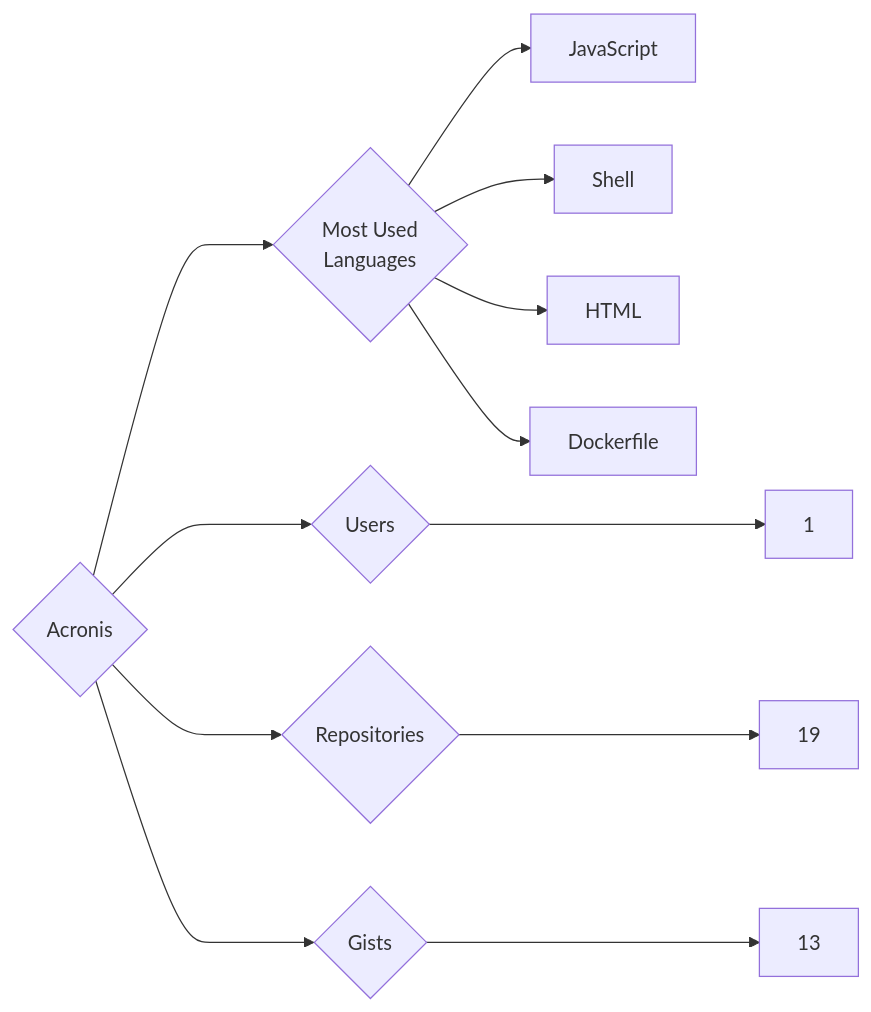
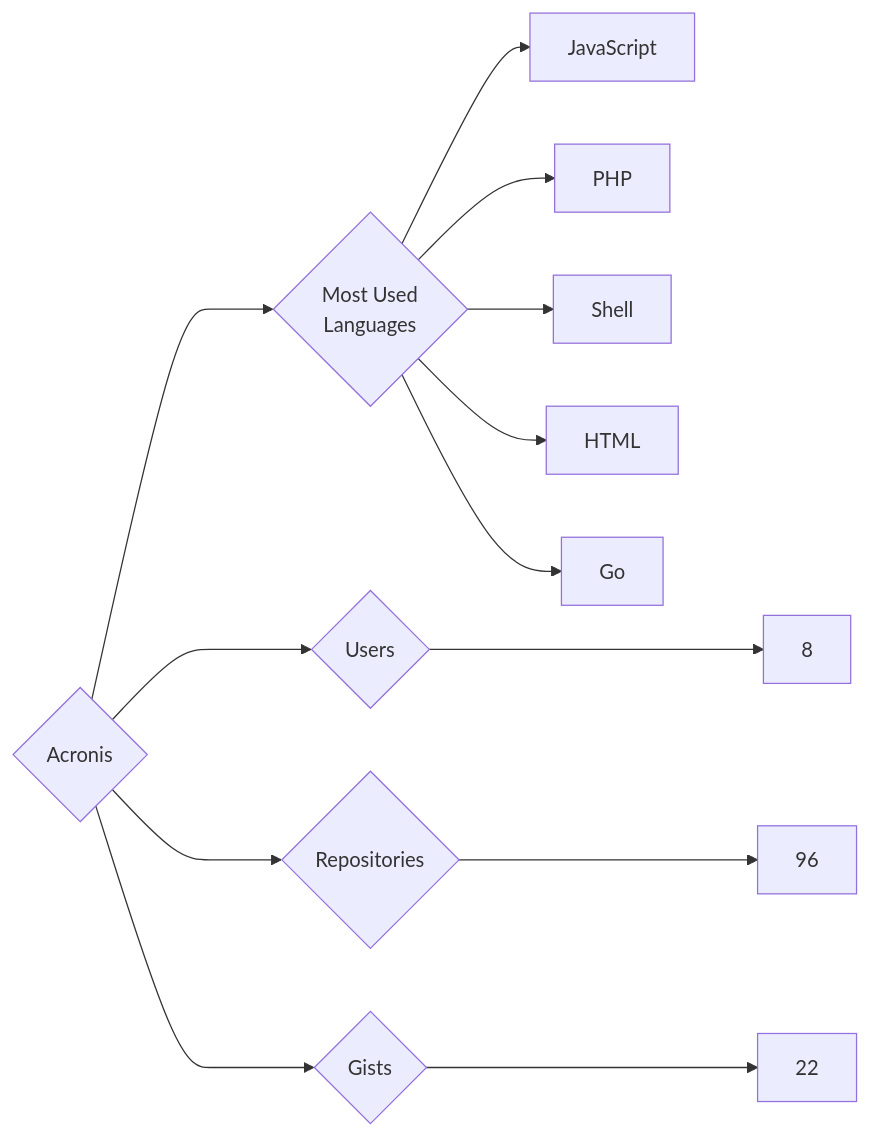
Before and after one commit to trickest/insiders: the diagram in targets/Acronis/README.md, drawn with Mermaid. The commit also changed 1149 other files, not shown here.

````diff
--- a/targets/Acronis/README.md
+++ b/targets/Acronis/README.md
@@ -3,12 +3,13 @@
 ```mermaid
 graph LR
 COMPANY_NAME{Acronis}
-COMPANY_NAME ---> U{Users} ---> UN[1]
-COMPANY_NAME ---> R{Repositories} ---> RN[19]
-COMPANY_NAME ---> G{Gists} ---> GN[13]
+COMPANY_NAME ---> U{Users} ---> UN[8]
+COMPANY_NAME ---> R{Repositories} ---> RN[96]
+COMPANY_NAME ---> G{Gists} ---> GN[22]
 COMPANY_NAME ---> ML{Most Used<br>Languages}
 ML --> JavaScript[JavaScript]
+ML --> PHP[PHP]
 ML --> Shell[Shell]
 ML --> HTML[HTML]
-ML --> Dockerfile[Dockerfile]
+ML --> Go[Go]
 ```
````
